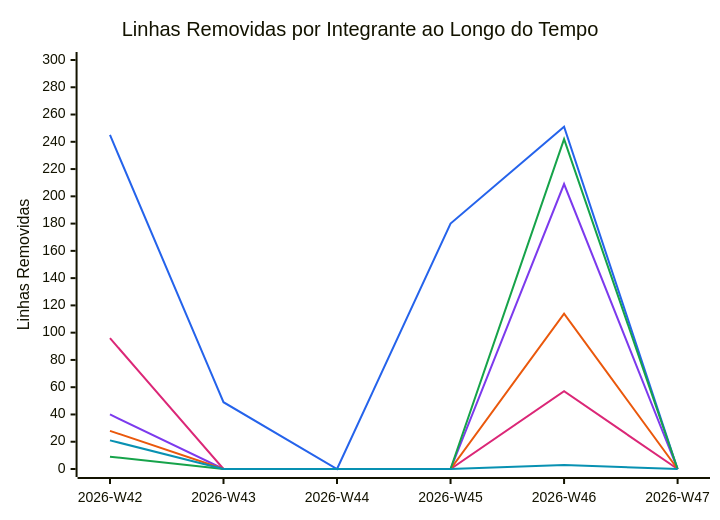
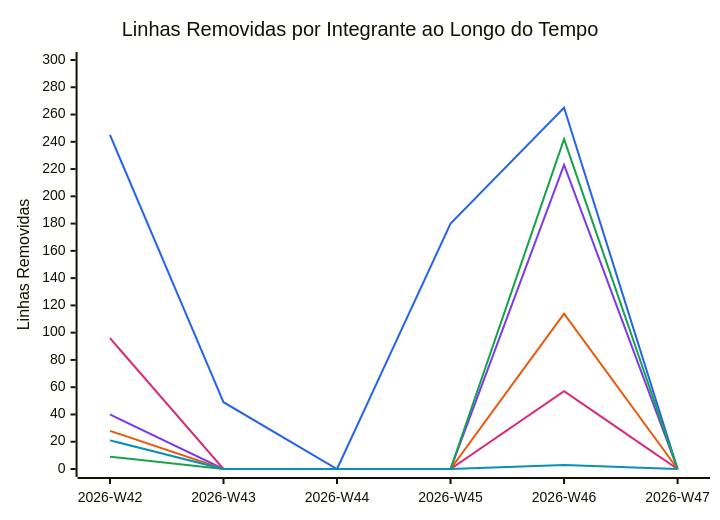
Before and after one commit to FCTE-Qualidade-de-Software-1/2026-2_T02_KAY_MCNULTY: the diagram in snippets/code-deletions.mmd, drawn with Mermaid. The commit also changed 5 other files, not shown here.

```diff
--- a/snippets/code-deletions.mmd
+++ b/snippets/code-deletions.mmd
@@ -1,11 +1,11 @@
 %%{init: {"themeVariables": {"xyChart": {"plotColorPalette": "#2563eb, #7c3aed, #db2777, #ea580c, #16a34a, #0891b2"}}}}%%
 xychart-beta
     title "Linhas Removidas por Integrante ao Longo do Tempo"
     x-axis ["2026-W42", "2026-W43", "2026-W44", "2026-W45", "2026-W46", "2026-W47"]
     y-axis "Linhas Removidas" 0 --> 300
-    line [245, 49, 0, 180, 251, 0]
-    line [40, 0, 0, 0, 209, 0]
+    line [245, 49, 0, 180, 265, 0]
+    line [40, 0, 0, 0, 223, 0]
     line [96, 0, 0, 0, 57, 0]
     line [28, 0, 0, 0, 114, 0]
     line [9, 0, 0, 0, 242, 0]
     line [21, 0, 0, 0, 3, 0]
```
